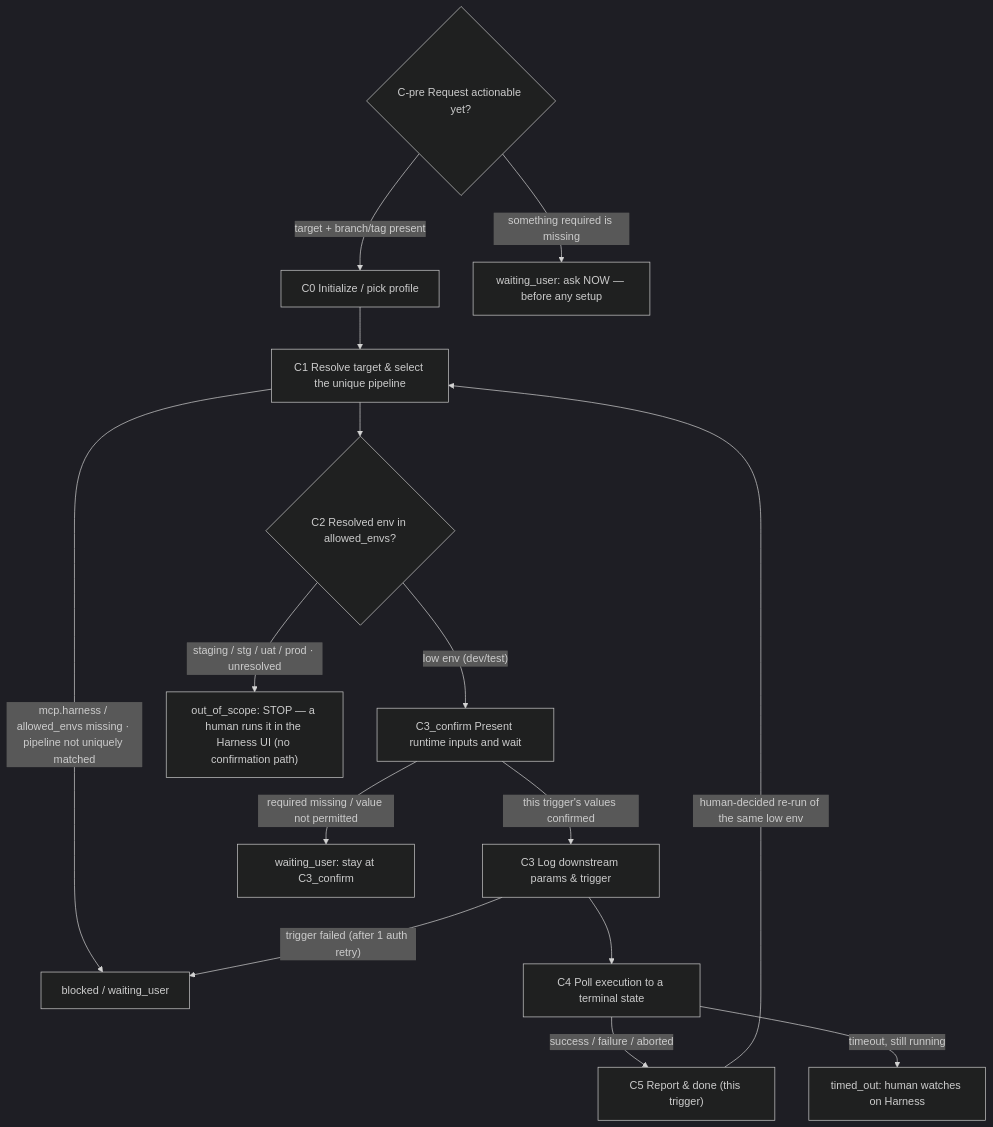
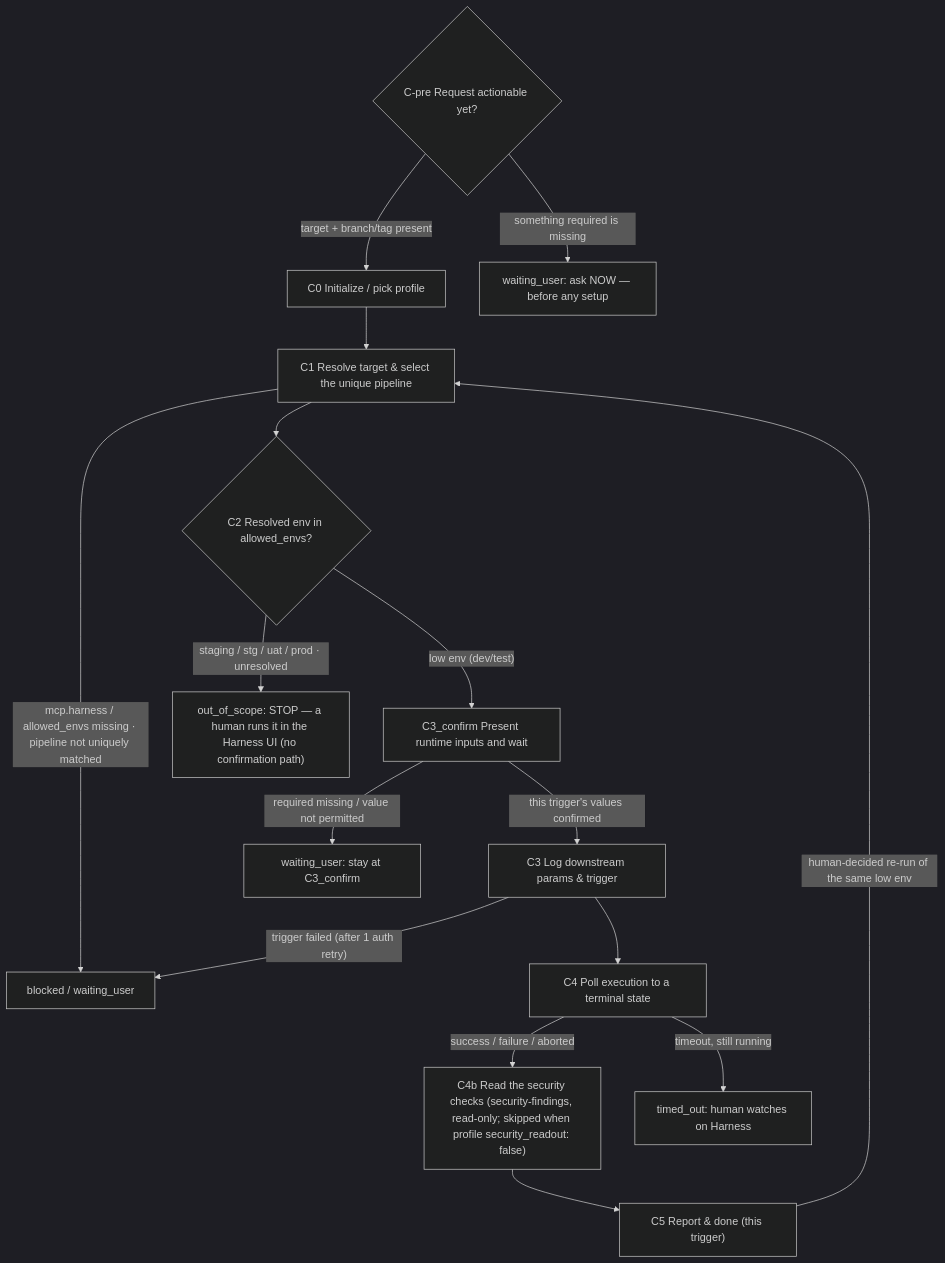
Before and after one commit to mjz-kevin/marriott: the diagram in .cursor/agents/cicd-agent.md, drawn with Mermaid (dark theme). The commit also changed other lines of this file and 23 other files, not shown here.

````diff
--- a/.cursor/agents/cicd-agent.md
+++ b/.cursor/agents/cicd-agent.md
@@ -312,17 +332,18 @@
 ```mermaid
 flowchart TD
     PRE{"C-pre Request actionable yet?"} -->|"target + branch/tag present"| C0["C0 Initialize / pick profile"]
     PRE -->|"something required is missing"| ASK["waiting_user: ask NOW — before any setup"]
     C0 --> C1["C1 Resolve target & select the unique pipeline"]
     C1 -->|"mcp.harness / allowed_envs missing · pipeline not uniquely matched"| B["blocked / waiting_user"]
     C1 --> C2{"C2 Resolved env in allowed_envs?"}
     C2 -->|"low env (dev/test)"| C3C["C3_confirm Present runtime inputs and wait"]
     C2 -->|"staging / stg / uat / prod · unresolved"| OOS["out_of_scope: STOP — a human runs it in the Harness UI (no confirmation path)"]
     C3C -->|"this trigger's values confirmed"| C3["C3 Log downstream params & trigger"]
     C3C -->|"required missing / value not permitted"| ASK2["waiting_user: stay at C3_confirm"]
     C3 -->|"trigger failed (after 1 auth retry)"| B
     C3 --> C4["C4 Poll execution to a terminal state"]
-    C4 -->|"success / failure / aborted"| C5["C5 Report & done (this trigger)"]
+    C4 -->|"success / failure / aborted"| C4B["C4b Read the security checks (security-findings, read-only; skipped when profile security_readout: false)"]
+    C4B --> C5["C5 Report & done (this trigger)"]
     C4 -->|"timeout, still running"| TO["timed_out: human watches on Harness"]
     C5 -->|"human-decided re-run of the same low env"| C1
 ```
````
